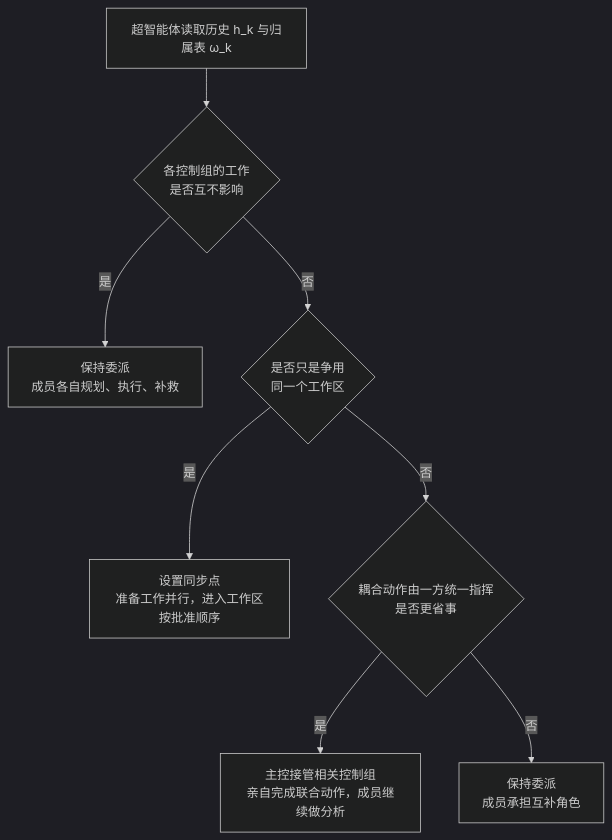
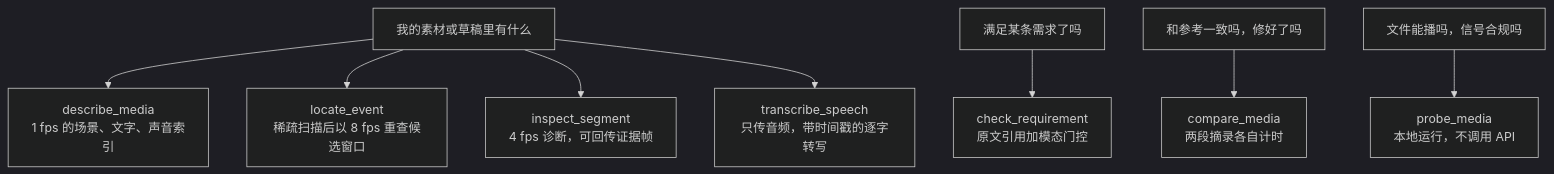
Before and after one commit to yingwang/paper-reads: the fifth of 7 diagrams in docs/index.md, drawn with Mermaid (dark theme). The commit also changed other lines of this file and 2 other files, not shown here.

````diff
--- a/docs/index.md
+++ b/docs/index.md
@@ -123,10 +241,10 @@
 ```mermaid
 flowchart TD
-    Q["超智能体读取历史 h_k 与归属表 ω_k"] --> D1{"各控制组的工作<br/>是否互不影响"}
-    D1 -- 是 --> P1["保持委派<br/>成员各自规划、执行、补救"]
-    D1 -- 否 --> D2{"是否只是争用<br/>同一个工作区"}
-    D2 -- 是 --> P2["设置同步点<br/>准备工作并行，进入工作区按批准顺序"]
-    D2 -- 否 --> D3{"耦合动作由一方统一指挥<br/>是否更省事"}
-    D3 -- 是 --> P3["主控接管相关控制组<br/>亲自完成联合动作，成员继续做分析"]
-    D3 -- 否 --> P4["保持委派<br/>成员承担互补角色"]
+    Q1["我的素材或草稿里有什么"] --> D1["describe_media<br/>1 fps 的场景、文字、声音索引"]
+    Q1 --> D2["locate_event<br/>稀疏扫描后以 8 fps 重查候选窗口"]
+    Q1 --> D3["inspect_segment<br/>4 fps 诊断，可回传证据帧"]
+    Q1 --> D4["transcribe_speech<br/>只传音频，带时间戳的逐字转写"]
+    Q2["满足某条需求了吗"] --> D5["check_requirement<br/>原文引用加模态门控"]
+    Q3["和参考一致吗，修好了吗"] --> D6["compare_media<br/>两段摘录各自计时"]
+    Q4["文件能播吗，信号合规吗"] --> D7["probe_media<br/>本地运行，不调用 API"]
 ```
````
